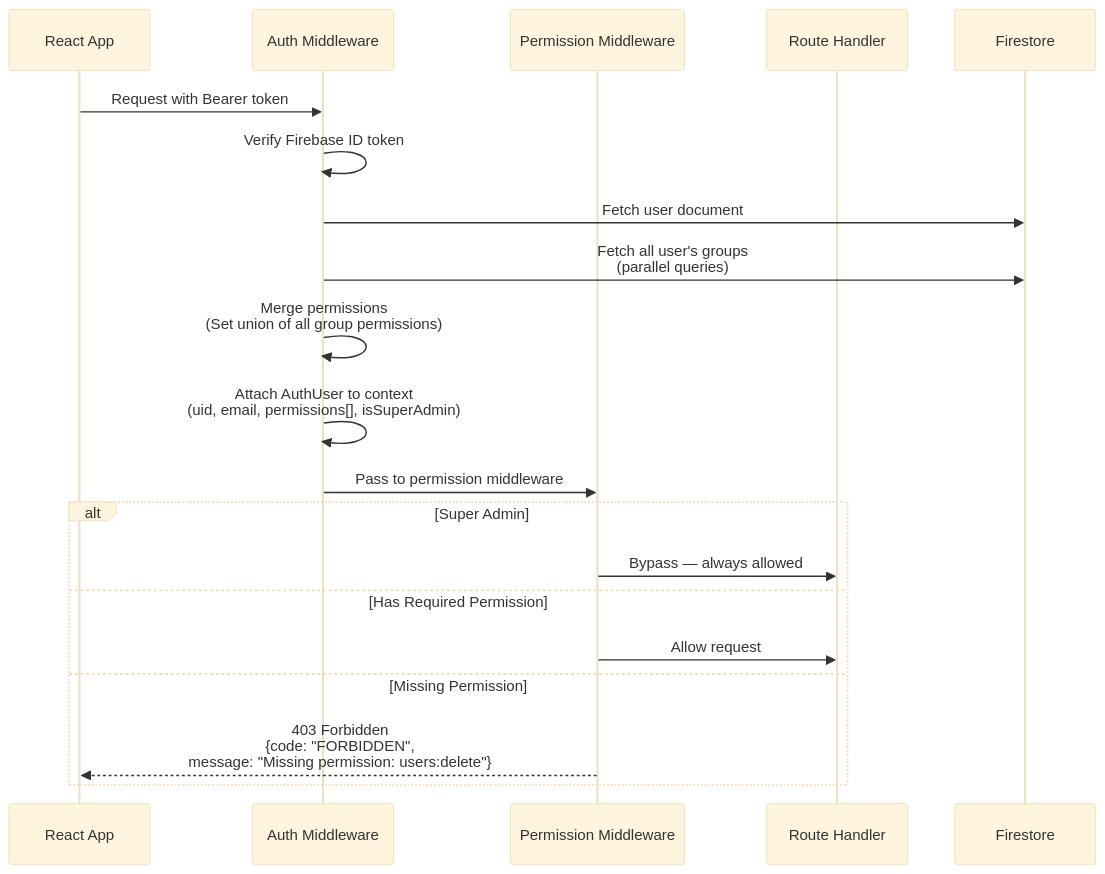
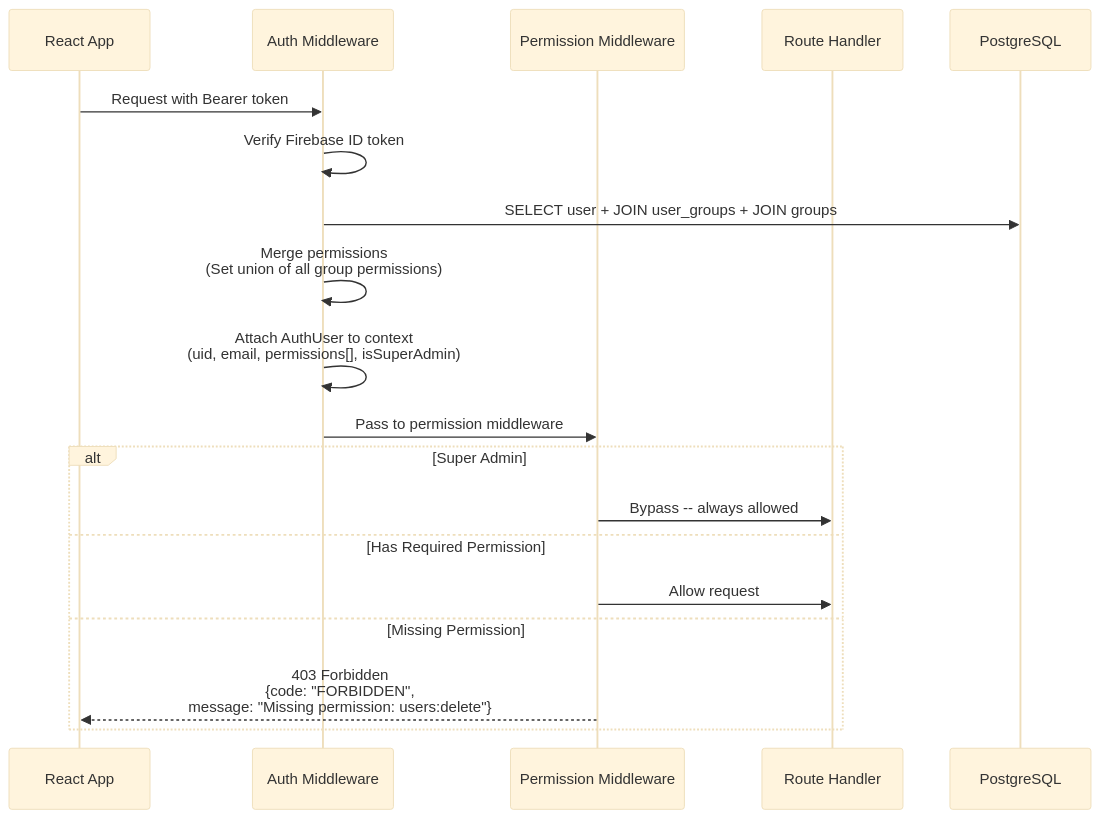
Before and after one commit to rsaiprasad/template: the third of 5 diagrams in docs/ARCHITECTURE.md, drawn with Mermaid (base theme). The commit also changed other lines of this file and 55 other files, not shown here.

First line of the commit message:
feat: Migrate backend to standalone Bun server + PostgreSQL with Drizzle ORM

````diff
--- a/docs/ARCHITECTURE.md
+++ b/docs/ARCHITECTURE.md
@@ -364,25 +256,24 @@
 ```mermaid
 sequenceDiagram
     participant Client as React App
     participant MW as Auth Middleware
     participant PMW as Permission Middleware
     participant Handler as Route Handler
-    participant FS as Firestore
+    participant DB as PostgreSQL
 
     Client->>MW: Request with Bearer token
     MW->>MW: Verify Firebase ID token
-    MW->>FS: Fetch user document
-    MW->>FS: Fetch all user's groups<br/>(parallel queries)
+    MW->>DB: SELECT user + JOIN user_groups + JOIN groups
     MW->>MW: Merge permissions<br/>(Set union of all group permissions)
     MW->>MW: Attach AuthUser to context<br/>(uid, email, permissions[], isSuperAdmin)
 
     MW->>PMW: Pass to permission middleware
 
     alt Super Admin
-        PMW->>Handler: Bypass — always allowed
+        PMW->>Handler: Bypass -- always allowed
     else Has Required Permission
         PMW->>Handler: Allow request
     else Missing Permission
         PMW-->>Client: 403 Forbidden<br/>{code: "FORBIDDEN",<br/>message: "Missing permission: users:delete"}
     end
 ```
````
